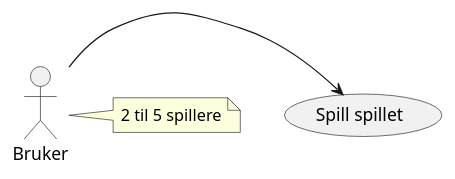
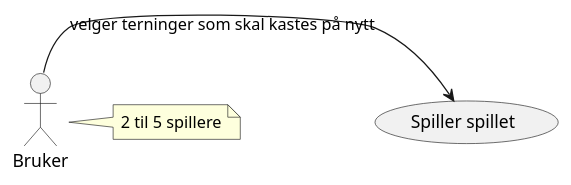
Before and after one commit to 571530/DAT109Oblig1: the diagram in src/no/hvl/dat109/uml/Brukstilfelle.puml, drawn with PlantUML.

Commit message:
Liten endring i brukstilfellediagrammet

```diff
--- a/src/no/hvl/dat109/uml/Brukstilfelle.puml
+++ b/src/no/hvl/dat109/uml/Brukstilfelle.puml
@@ -1,8 +1,8 @@
 @startuml
-(Spill spillet) as (Spill)
+(Spiller spillet) as (Spill)
 
-Bruker -> (Spill)
+Bruker -> (Spill) : velger terninger som skal kastes på nytt
 
 note right of Bruker : 2 til 5 spillere
 
 @enduml
```
